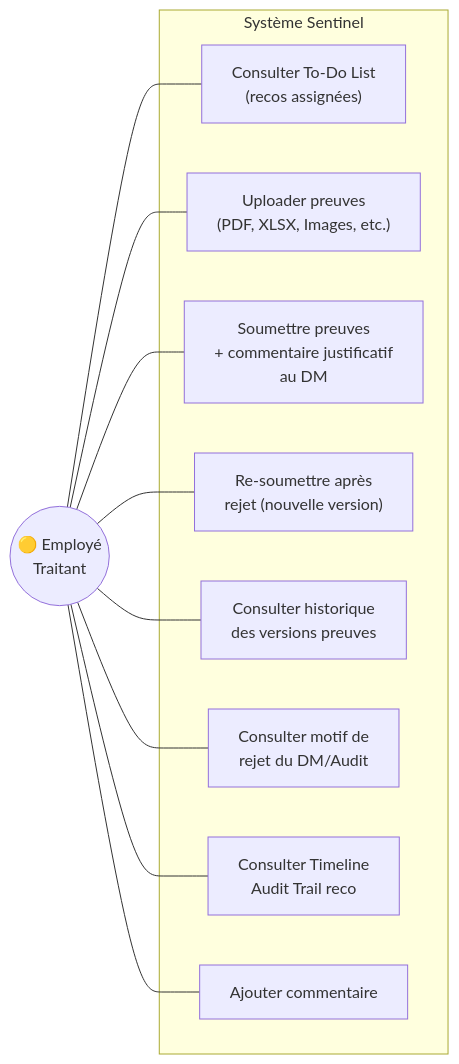
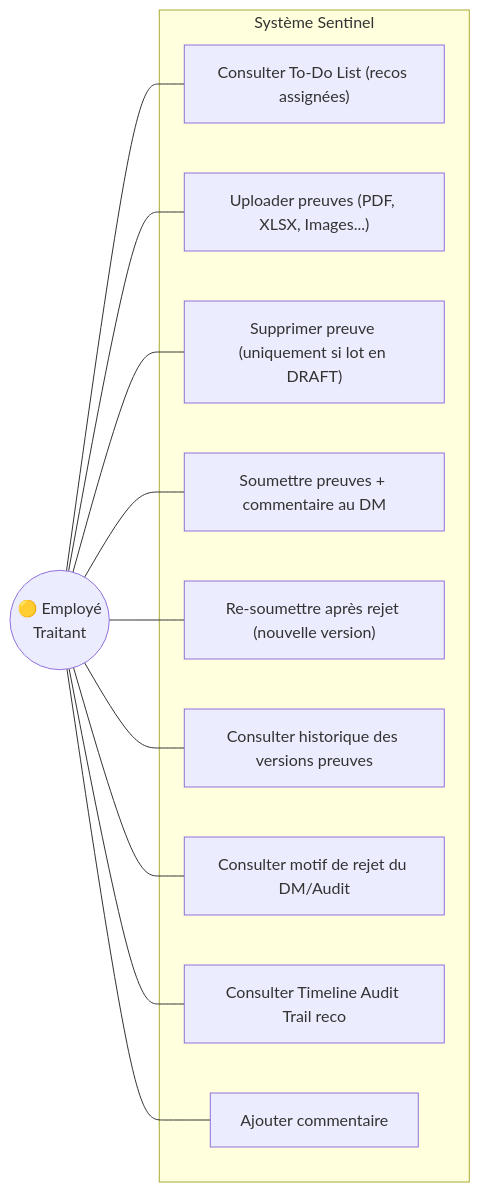
Before and after one commit to Tchendjou2003/bicec--Sentinel: diagram 16 of 26 in _bmad-output/planning-artifacts/system-diagrams.md, drawn with Mermaid. The commit also changed other lines of this file, not shown here.

Commit message:
docs(bmad): mise à jour system-diagrams.md v2.0

````diff
--- a/_bmad-output/planning-artifacts/system-diagrams.md
+++ b/_bmad-output/planning-artifacts/system-diagrams.md
@@ -1106,24 +1165,26 @@
 ```mermaid
 flowchart LR
-    subgraph "Système Sentinel"
-        UC1["Consulter To-Do List\n(recos assignées)"]
-        UC2["Uploader preuves\n(PDF, XLSX, Images, etc.)"]
-        UC3["Soumettre preuves\n+ commentaire justificatif\nau DM"]
-        UC4["Re-soumettre après\nrejet (nouvelle version)"]
-        UC5["Consulter historique\ndes versions preuves"]
-        UC6["Consulter motif de\nrejet du DM/Audit"]
-        UC7["Consulter Timeline\nAudit Trail reco"]
-        UC8["Ajouter commentaire"]
-    end
+  subgraph "Système Sentinel"
+    UC1["Consulter To-Do List (recos assignées)"]
+    UC2["Uploader preuves (PDF, XLSX, Images...)"]
+    UC3["Supprimer preuve (uniquement si lot en DRAFT)"]
+    UC4["Soumettre preuves + commentaire au DM"]
+    UC5["Re-soumettre après rejet (nouvelle version)"]
+    UC6["Consulter historique des versions preuves"]
+    UC7["Consulter motif de rejet du DM/Audit"]
+    UC8["Consulter Timeline Audit Trail reco"]
+    UC9["Ajouter commentaire"]
+  end
 
-    ETP(("🟡 Employé\nTraitant"))
+  ETP(("🟡 Employé\nTraitant"))
 
-    ETP --- UC1
-    ETP --- UC2
-    ETP --- UC3
-    ETP --- UC4
-    ETP --- UC5
-    ETP --- UC6
-    ETP --- UC7
-    ETP --- UC8
+  ETP --- UC1
+  ETP --- UC2
+  ETP --- UC3
+  ETP --- UC4
+  ETP --- UC5
+  ETP --- UC6
+  ETP --- UC7
+  ETP --- UC8
+  ETP --- UC9
 ```
````
